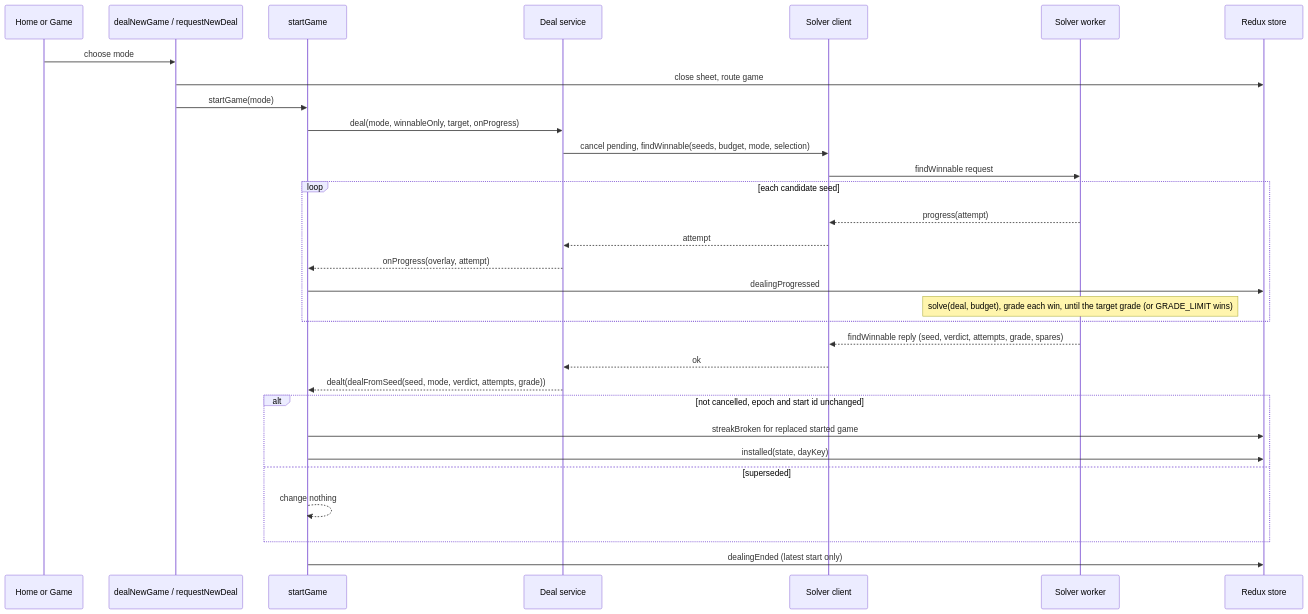
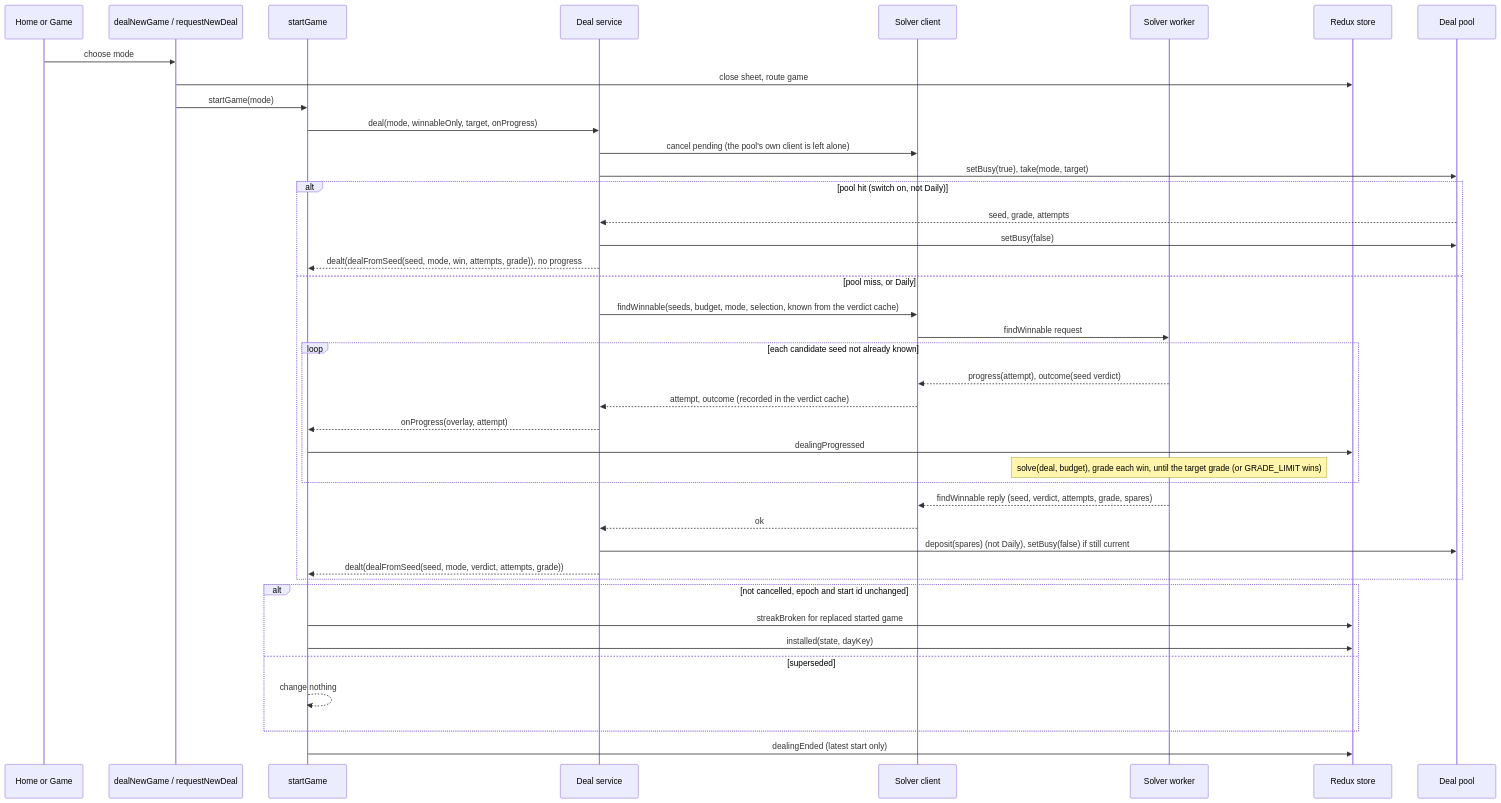
Before and after one commit to sanyokkua/solitaire: the second of 5 diagrams in docs/architecture/data-flows.md, drawn with Mermaid. The commit also changed other lines of this file and 13 other files, not shown here.

Commit message:
feat: the deal service serves from the pool and the verdict cache

````diff
--- a/docs/architecture/data-flows.md
+++ b/docs/architecture/data-flows.md
@@ -65,34 +66,45 @@
 ```mermaid
 sequenceDiagram
     participant UI as Home or Game
     participant Nav as dealNewGame / requestNewDeal
     participant Start as startGame
     participant Svc as Deal service
     participant Client as Solver client
     participant W as Solver worker
     participant Store as Redux store
 
+    participant Pool as Deal pool
+
     UI->>Nav: choose mode
     Nav->>Store: close sheet, route game
     Nav->>Start: startGame(mode)
     Start->>Svc: deal(mode, winnableOnly, target, onProgress)
-    Svc->>Client: cancel pending, findWinnable(seeds, budget, mode, selection)
-    Client->>W: findWinnable request
-    loop each candidate seed
-        W-->>Client: progress(attempt)
-        Client-->>Svc: attempt
-        Svc-->>Start: onProgress(overlay, attempt)
-        Start->>Store: dealingProgressed
-        Note over W: solve(deal, budget), grade each win, until the target grade (or GRADE_LIMIT wins)
+    Svc->>Client: cancel pending (the pool's own client is left alone)
+    Svc->>Pool: setBusy(true), take(mode, target)
+    alt pool hit (switch on, not Daily)
+        Pool-->>Svc: seed, grade, attempts
+        Svc->>Pool: setBusy(false)
+        Svc-->>Start: dealt(dealFromSeed(seed, mode, win, attempts, grade)), no progress
+    else pool miss, or Daily
+        Svc->>Client: findWinnable(seeds, budget, mode, selection, known from the verdict cache)
+        Client->>W: findWinnable request
+        loop each candidate seed not already known
+            W-->>Client: progress(attempt), outcome(seed verdict)
+            Client-->>Svc: attempt, outcome (recorded in the verdict cache)
+            Svc-->>Start: onProgress(overlay, attempt)
+            Start->>Store: dealingProgressed
+            Note over W: solve(deal, budget), grade each win, until the target grade (or GRADE_LIMIT wins)
+        end
+        W-->>Client: findWinnable reply (seed, verdict, attempts, grade, spares)
+        Client-->>Svc: ok
+        Svc->>Pool: deposit(spares) (not Daily), setBusy(false) if still current
+        Svc-->>Start: dealt(dealFromSeed(seed, mode, verdict, attempts, grade))
     end
-    W-->>Client: findWinnable reply (seed, verdict, attempts, grade, spares)
-    Client-->>Svc: ok
-    Svc-->>Start: dealt(dealFromSeed(seed, mode, verdict, attempts, grade))
     alt not cancelled, epoch and start id unchanged
         Start->>Store: streakBroken for replaced started game
         Start->>Store: installed(state, dayKey)
     else superseded
         Start-->>Start: change nothing
     end
     Start->>Store: dealingEnded (latest start only)
 ```
````
